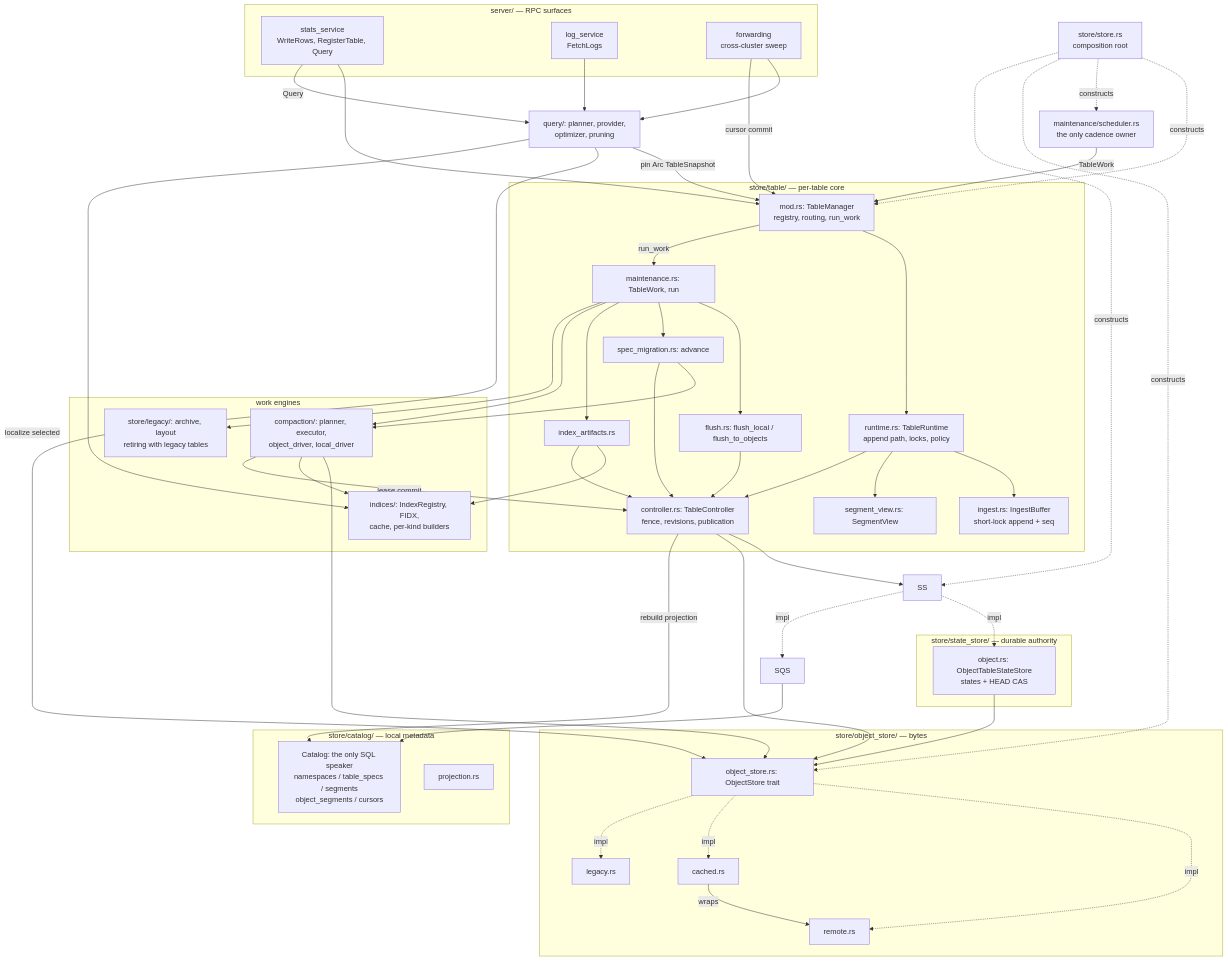
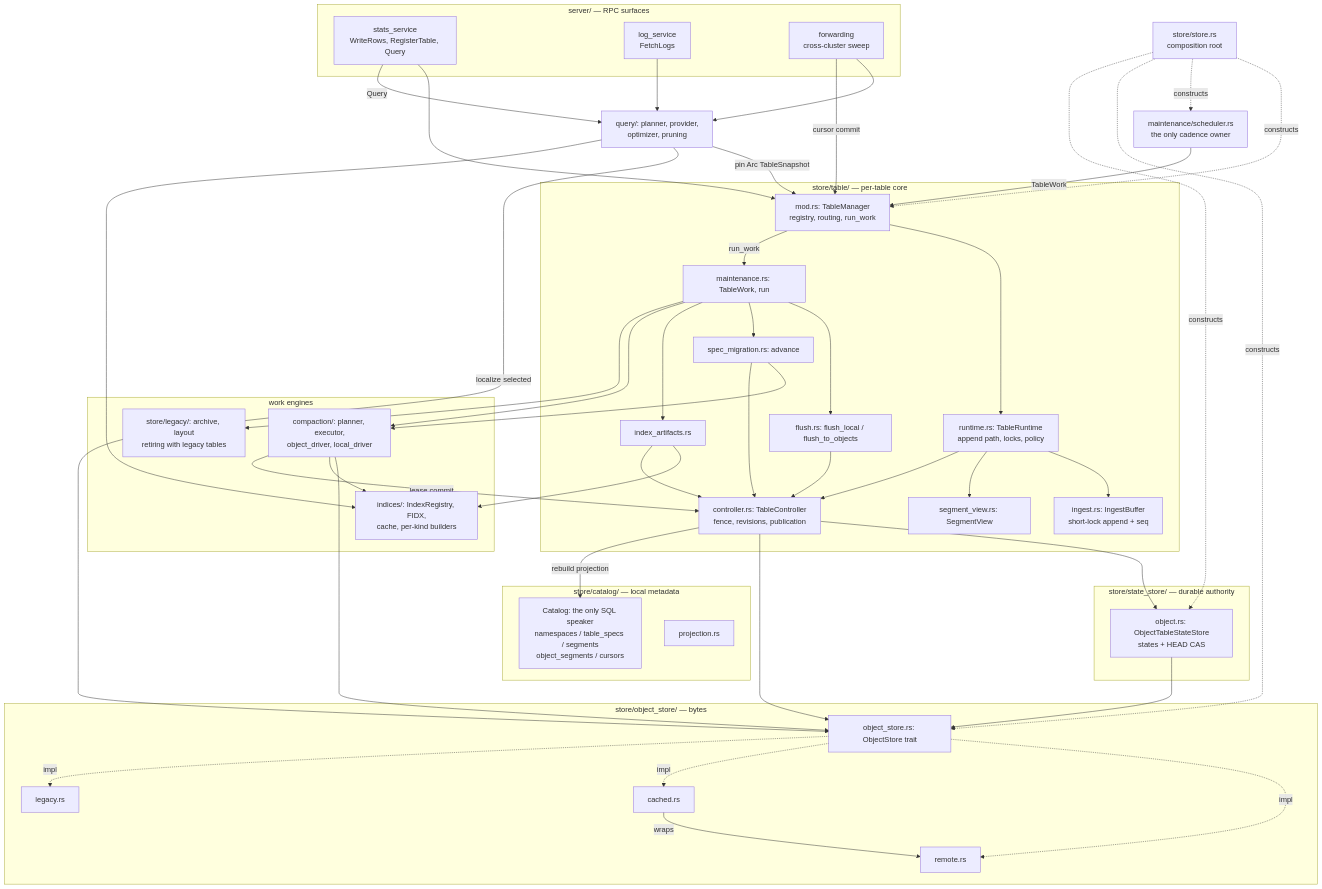
One commit to marin-community/marin changed the first of 6 diagrams in lib/finelog/ARCHITECTURE.md. Above: the diagram before and after it, drawn with Mermaid. The commit also changed other lines of this file and 6 other files, not shown here.

```diff
--- a/lib/finelog/ARCHITECTURE.md
+++ b/lib/finelog/ARCHITECTURE.md
@@ -59,7 +59,7 @@
     Store -. constructs .-> TM
     Store -. constructs .-> MS
     Store -. constructs .-> OS
-    Store -. constructs .-> SS
+    Store -. constructs .-> OSS
 
     TM --> RT
     RT --> IB
@@ -73,12 +73,9 @@
     MW --> CP
     MW --> LG
 
-    TC --> SS
+    TC --> OSS
     TC --> OS
-    SS -. impl .-> OSS
-    SS -. impl .-> SQS
     OSS --> OS
-    SQS --> DB
     TC -->|rebuild projection| DB
 
     FL --> TC
```
